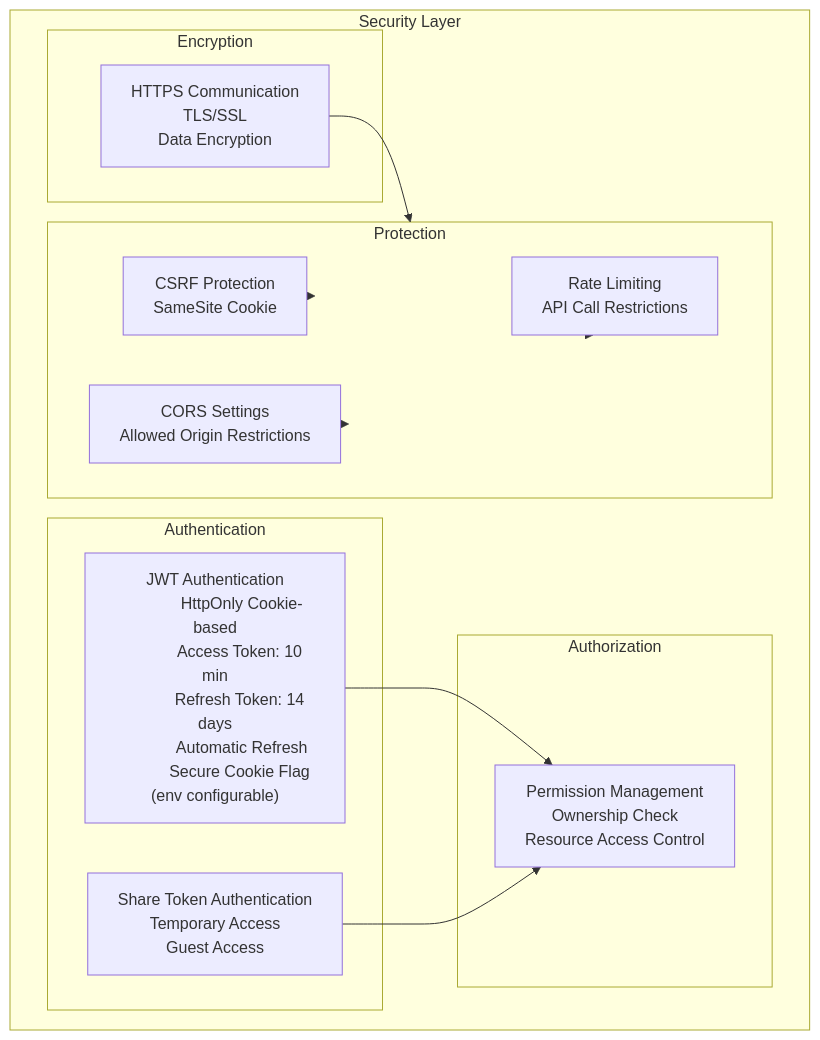
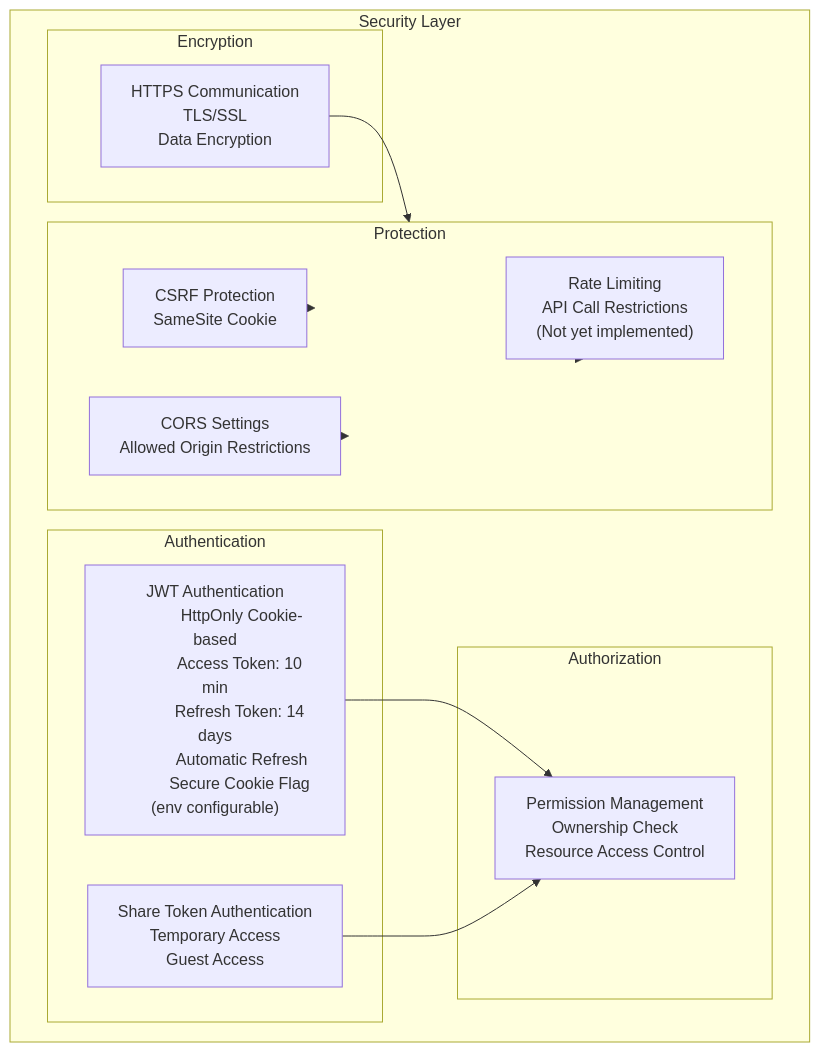
Before and after one commit to yukiharada1228/videoq: the fourth of 7 diagrams in docs/architecture/system-configuration-diagram.md, drawn with Mermaid. The commit also changed 3 other files, not shown here.

````diff
--- a/docs/architecture/system-configuration-diagram.md
+++ b/docs/architecture/system-configuration-diagram.md
@@ -212,44 +212,45 @@
 ```mermaid
 graph TB
     subgraph Security["Security Layer"]
         subgraph Authentication["Authentication"]
             JWT["JWT Authentication
             HttpOnly Cookie-based
             Access Token: 10 min
             Refresh Token: 14 days
             Automatic Refresh
             Secure Cookie Flag (env configurable)"]
             ShareToken["Share Token Authentication
             Temporary Access
             Guest Access"]
         end
 
         subgraph Authorization["Authorization"]
             Permissions["Permission Management
             Ownership Check
             Resource Access Control"]
         end
 
         subgraph Encryption["Encryption"]
             HTTPS["HTTPS Communication
             TLS/SSL
             Data Encryption"]
         end
 
         subgraph Protection["Protection"]
             CSRF["CSRF Protection
             SameSite Cookie"]
             CORS["CORS Settings
             Allowed Origin Restrictions"]
             RateLimit["Rate Limiting
-            API Call Restrictions"]
+            API Call Restrictions
+            (Not yet implemented)"]
         end
     end
 
     JWT --> Permissions
     ShareToken --> Permissions
     HTTPS --> Protection
     CSRF --> Protection
     CORS --> Protection
     RateLimit --> Protection
 ```
````
